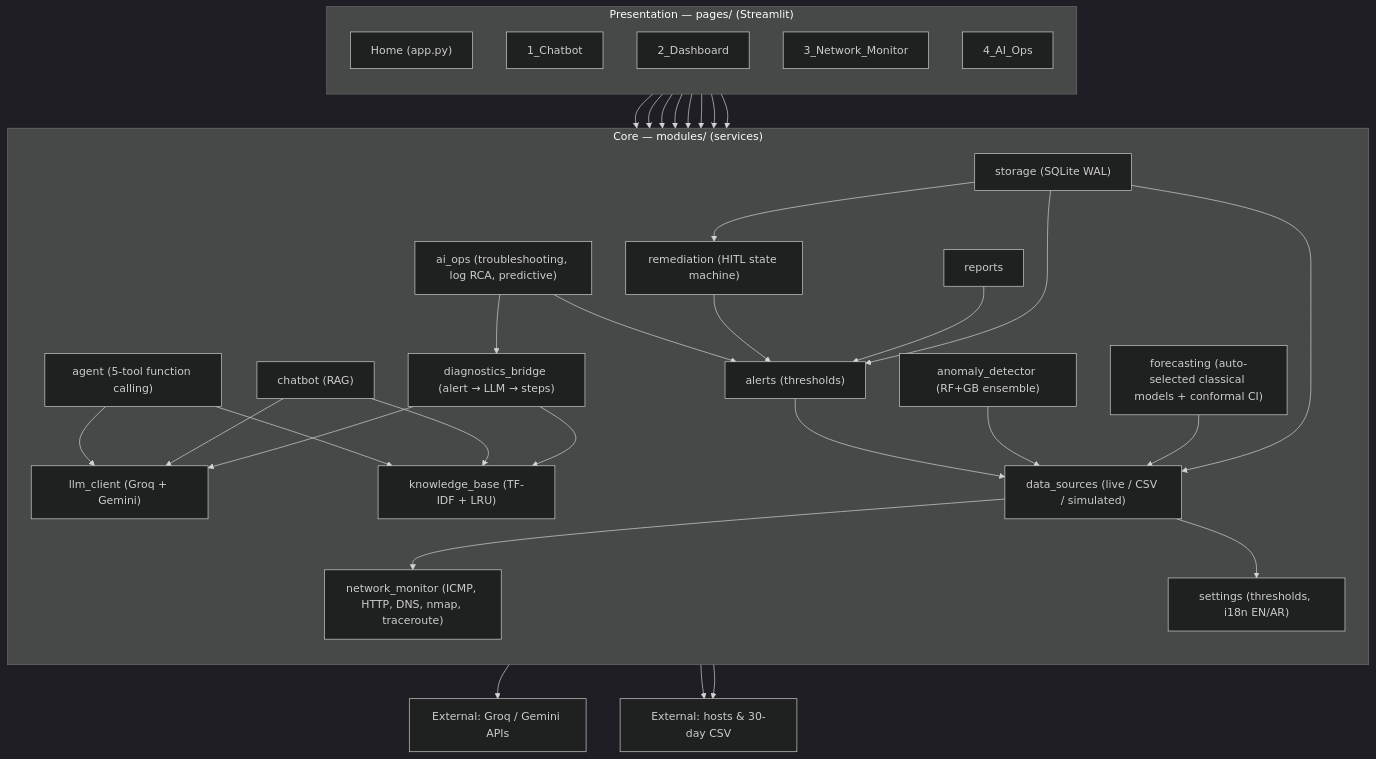
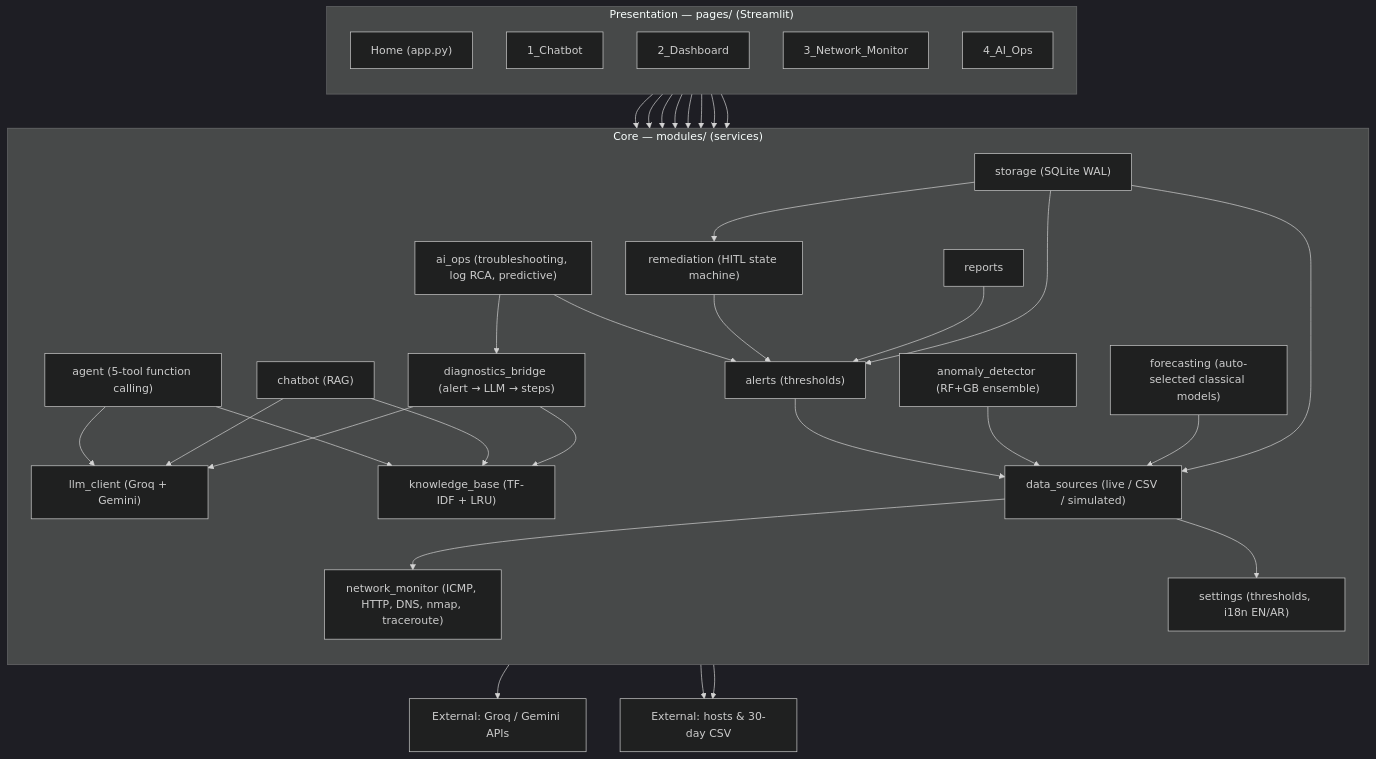
One commit to Mshabrawy-m/AI-Smart-Bot-for-Network-Management changed the diagram in README.md. Above: the diagram before and after it, drawn with Mermaid (dark theme). The commit also changed other lines of this file, not shown here.

````diff
--- a/README.md
+++ b/README.md
@@ -91,66 +91,66 @@
 ```mermaid
 flowchart TB
     subgraph PRE["Presentation — pages/ (Streamlit)"]
         direction TB
         P1["Home (app.py)"]
         P2["1_Chatbot"]
         P3["2_Dashboard"]
         P4["3_Network_Monitor"]
         P5["4_AI_Ops"]
     end
 
     subgraph CORE["Core — modules/ (services)"]
         direction TB
         LLM["llm_client (Groq + Gemini)"]
         AG["agent (5-tool function calling)"]
         CB["chatbot (RAG)"]
         KB["knowledge_base (TF-IDF + LRU)"]
         DI["diagnostics_bridge (alert → LLM → steps)"]
         AO["ai_ops (troubleshooting, log RCA, predictive)"]
         AD["anomaly_detector (RF+GB ensemble)"]
-        FC["forecasting (auto-selected classical models + conformal CI)"]
+        FC["forecasting (auto-selected classical models)"]
         AL["alerts (thresholds)"]
         RM["remediation (HITL state machine)"]
         RPT["reports"]
         ST["storage (SQLite WAL)"]
         DS["data_sources (live / CSV / simulated)"]
         NM["network_monitor (ICMP, HTTP, DNS, nmap, traceroute)"]
         SET["settings (thresholds, i18n EN/AR)"]
     end
 
     ext1["External: Groq / Gemini APIs"]
     ext2["External: hosts & 30-day CSV"]
 
     P2 --> AG
     P2 --> CB
     P3 --> NM
     P3 --> DS
     P4 --> AD
     P4 --> AO
     P4 --> RM
     P5 --> RPT
 
     AG --> KB
     AG --> LLM
     CB --> KB
     CB --> LLM
     DI --> KB
     DI --> LLM
     AO --> DI
     AO --> AL
     AL --> DS
     AD --> DS
     FC --> DS
     RM --> AL
     RPT --> AL
 
     DS --> NM
     DS --> SET
     ST --> AL
     ST --> RM
     ST --> DS
 
     LLM --> ext1
     NM --> ext2
     DS --> ext2
 ```
````
